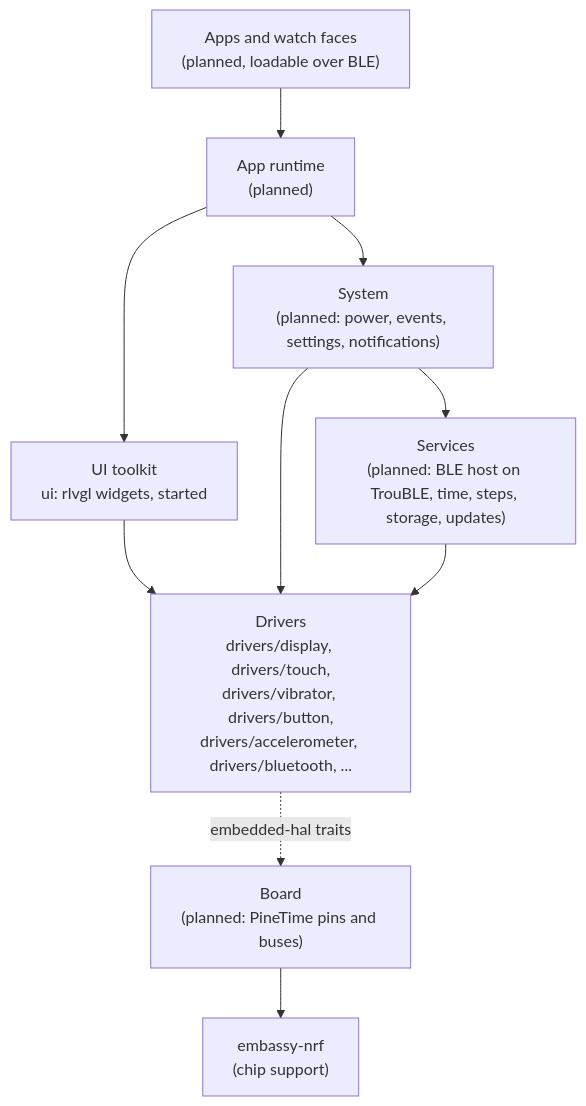
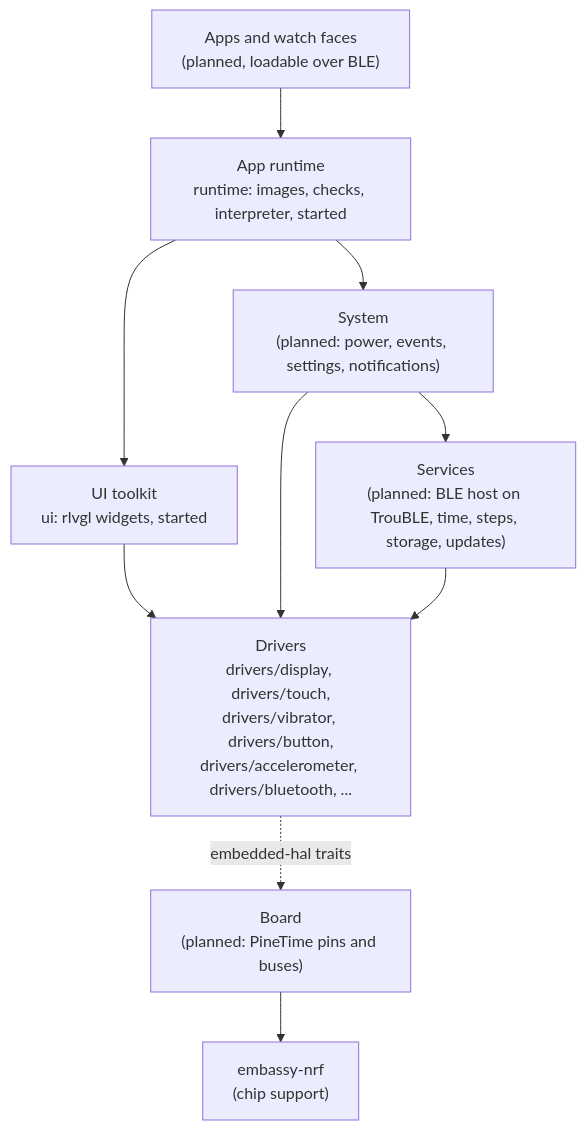
One commit to BeatLink/BattleTime changed the diagram in docs/architecture.md. Above: the diagram before and after it, drawn with Mermaid. The commit also changed other lines of this file and 15 other files, not shown here.

First line of the commit message:
feat(runtime): add the app runtime core: images, checks, interpreter and bindings

````diff
--- a/docs/architecture.md
+++ b/docs/architecture.md
@@ -28,21 +28,21 @@
 ```mermaid
 flowchart TB
     apps["Apps and watch faces<br/>(planned, loadable over BLE)"]
-    runtime["App runtime<br/>(planned)"]
+    runtime["App runtime<br/>runtime: images, checks, interpreter, started"]
     ui["UI toolkit<br/>ui: rlvgl widgets, started"]
     system["System<br/>(planned: power, events, settings, notifications)"]
     services["Services<br/>(planned: BLE host on TrouBLE, time, steps, storage, updates)"]
     drivers["Drivers<br/>drivers/display, drivers/touch,<br/>drivers/vibrator, drivers/button,<br/>drivers/accelerometer, drivers/bluetooth, ..."]
     board["Board<br/>(planned: PineTime pins and buses)"]
     hal["embassy-nrf<br/>(chip support)"]
 
     apps --> runtime
     runtime --> ui
     runtime --> system
     ui --> drivers
     system --> services
     system --> drivers
     services --> drivers
     drivers -. embedded-hal traits .-> board
     board --> hal
 ```
````
